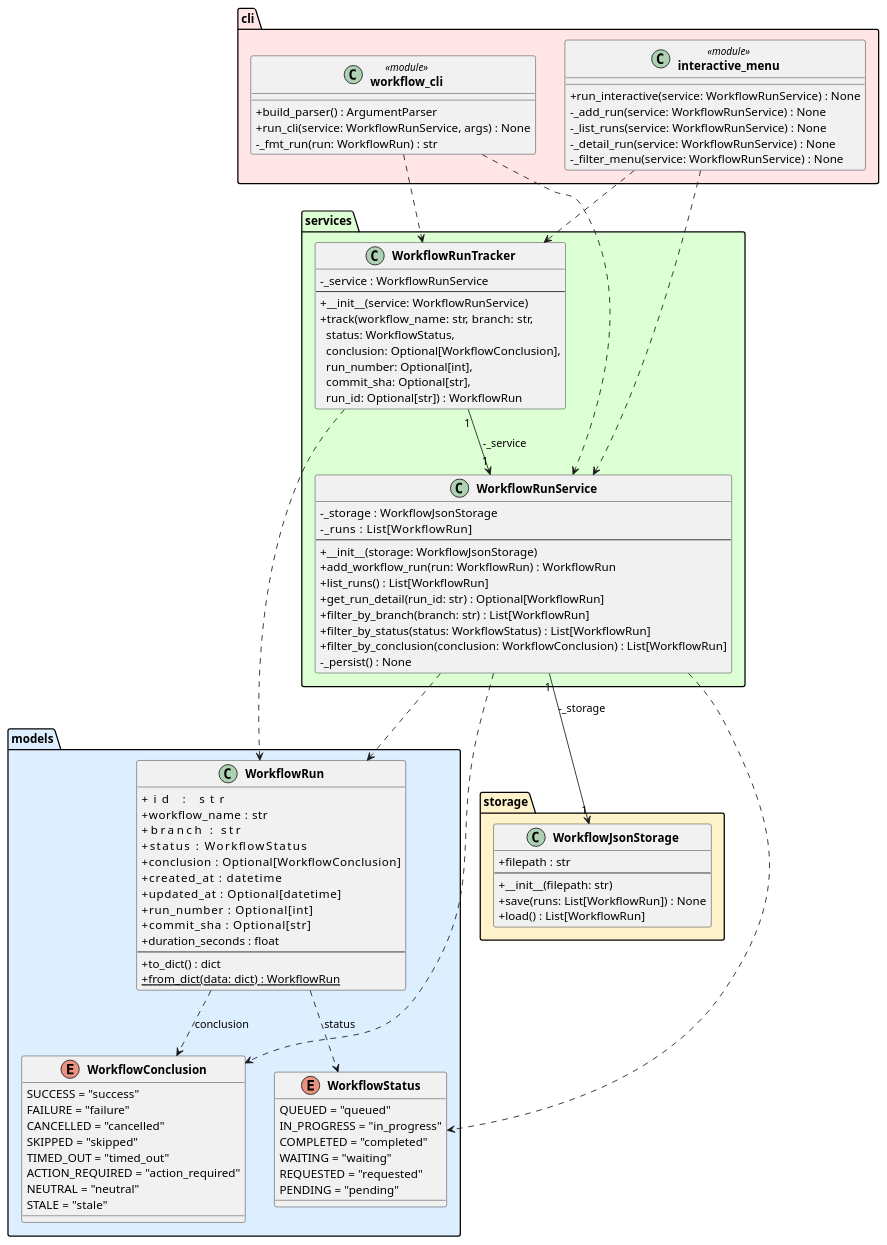
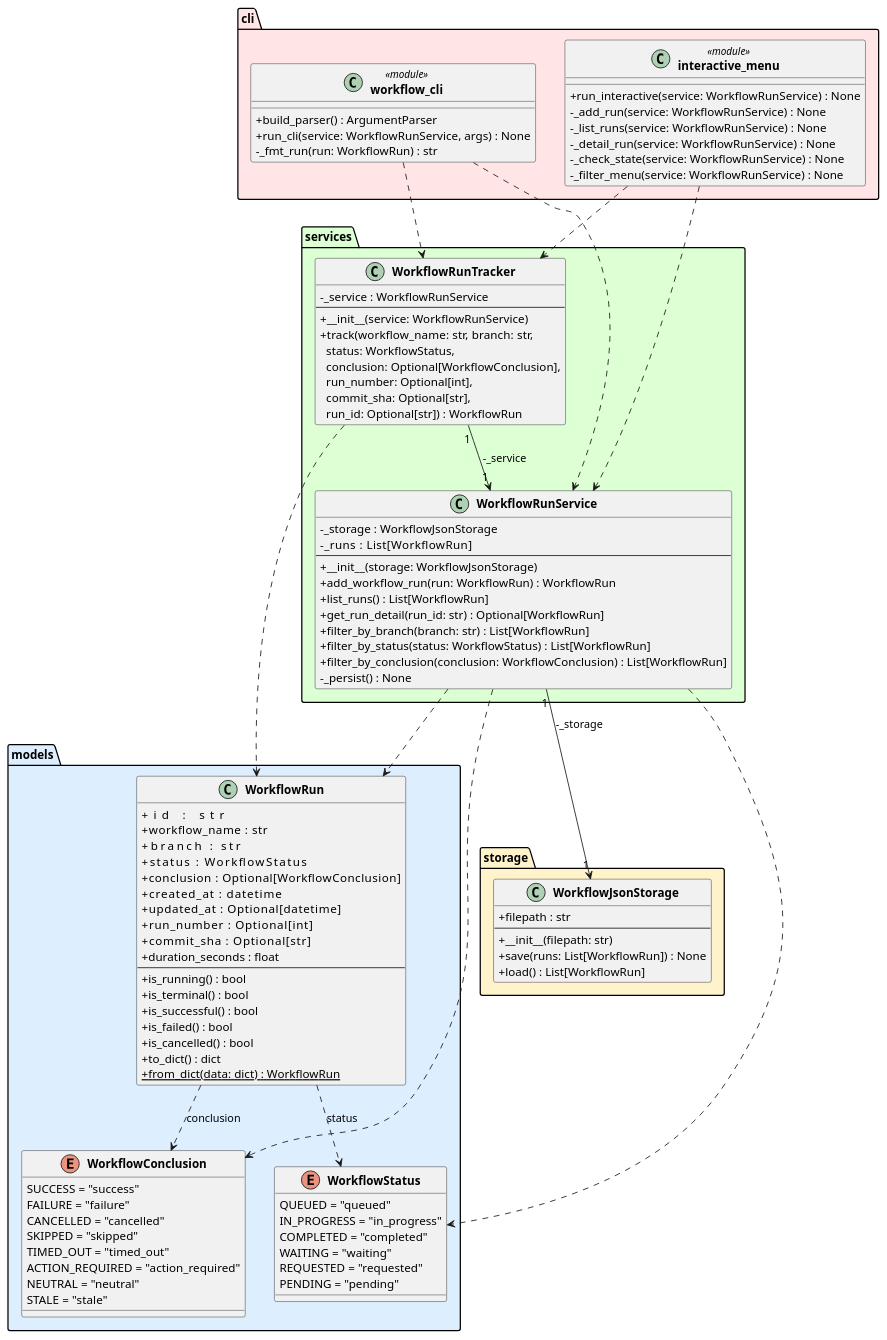
One commit to DanielRiha8906/Software_autoevolution_using_agents changed the diagram in experiments/broadcast/user_stories/github-workflow-manager/artifacts/class_diagram.puml. Above: the diagram before and after it, drawn with PlantUML. The commit also changed 7 other files, not shown here.

```diff
--- a/experiments/broadcast/user_stories/github-workflow-manager/artifacts/class_diagram.puml
+++ b/experiments/broadcast/user_stories/github-workflow-manager/artifacts/class_diagram.puml
@@ -1,106 +1,112 @@
 @startuml class_diagram
 
 skinparam classAttributeIconSize 0
 skinparam classFontStyle bold
 
 package "models" #DDEEFF {
     enum WorkflowStatus {
         QUEUED = "queued"
         IN_PROGRESS = "in_progress"
         COMPLETED = "completed"
         WAITING = "waiting"
         REQUESTED = "requested"
         PENDING = "pending"
     }
 
     enum WorkflowConclusion {
         SUCCESS = "success"
         FAILURE = "failure"
         CANCELLED = "cancelled"
         SKIPPED = "skipped"
         TIMED_OUT = "timed_out"
         ACTION_REQUIRED = "action_required"
         NEUTRAL = "neutral"
         STALE = "stale"
     }
 
     class WorkflowRun {
         +id               : str
         +workflow_name    : str
         +branch           : str
         +status           : WorkflowStatus
         +conclusion       : Optional[WorkflowConclusion]
         +created_at       : datetime
         +updated_at       : Optional[datetime]
         +run_number       : Optional[int]
         +commit_sha       : Optional[str]
         +duration_seconds : float
         --
+        +is_running() : bool
+        +is_terminal() : bool
+        +is_successful() : bool
+        +is_failed() : bool
+        +is_cancelled() : bool
         +to_dict() : dict
         +{static} from_dict(data: dict) : WorkflowRun
     }
 }
 
 package "storage" #FFF3CC {
     class WorkflowJsonStorage {
         +filepath : str
         --
         +__init__(filepath: str)
         +save(runs: List[WorkflowRun]) : None
         +load() : List[WorkflowRun]
     }
 }
 
 package "services" #DDFFD4 {
     class WorkflowRunService {
         -_storage : WorkflowJsonStorage
         -_runs    : List[WorkflowRun]
         --
         +__init__(storage: WorkflowJsonStorage)
         +add_workflow_run(run: WorkflowRun) : WorkflowRun
         +list_runs() : List[WorkflowRun]
         +get_run_detail(run_id: str) : Optional[WorkflowRun]
         +filter_by_branch(branch: str) : List[WorkflowRun]
         +filter_by_status(status: WorkflowStatus) : List[WorkflowRun]
         +filter_by_conclusion(conclusion: WorkflowConclusion) : List[WorkflowRun]
         -_persist() : None
     }
 
     class WorkflowRunTracker {
         -_service : WorkflowRunService
         --
         +__init__(service: WorkflowRunService)
         +track(workflow_name: str, branch: str,\n  status: WorkflowStatus,\n  conclusion: Optional[WorkflowConclusion],\n  run_number: Optional[int],\n  commit_sha: Optional[str],\n  run_id: Optional[str]) : WorkflowRun
     }
 }
 
 package "cli" #FFE5E5 {
     class "workflow_cli" <<module>> {
         +build_parser() : ArgumentParser
         +run_cli(service: WorkflowRunService, args) : None
         -_fmt_run(run: WorkflowRun) : str
     }
 
     class "interactive_menu" <<module>> {
         +run_interactive(service: WorkflowRunService) : None
         -_add_run(service: WorkflowRunService) : None
         -_list_runs(service: WorkflowRunService) : None
         -_detail_run(service: WorkflowRunService) : None
+        -_check_state(service: WorkflowRunService) : None
         -_filter_menu(service: WorkflowRunService) : None
     }
 }
 
 WorkflowRun                ..>  WorkflowStatus        : status
 WorkflowRun                ..>  WorkflowConclusion    : conclusion
 WorkflowRunService    "1" --> "1" WorkflowJsonStorage : -_storage
 WorkflowRunService         ..>  WorkflowRun
 WorkflowRunService         ..>  WorkflowStatus
 WorkflowRunService         ..>  WorkflowConclusion
 WorkflowRunTracker    "1" --> "1" WorkflowRunService  : -_service
 WorkflowRunTracker         ..>  WorkflowRun
 "workflow_cli"             ..>  WorkflowRunService
 "workflow_cli"             ..>  WorkflowRunTracker
 "interactive_menu"         ..>  WorkflowRunService
 "interactive_menu"         ..>  WorkflowRunTracker
 
 @enduml
```
